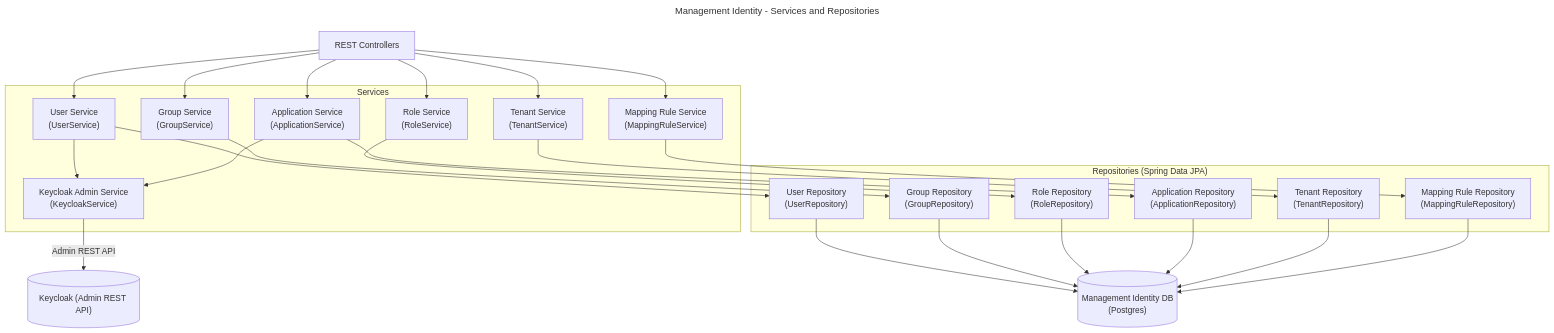
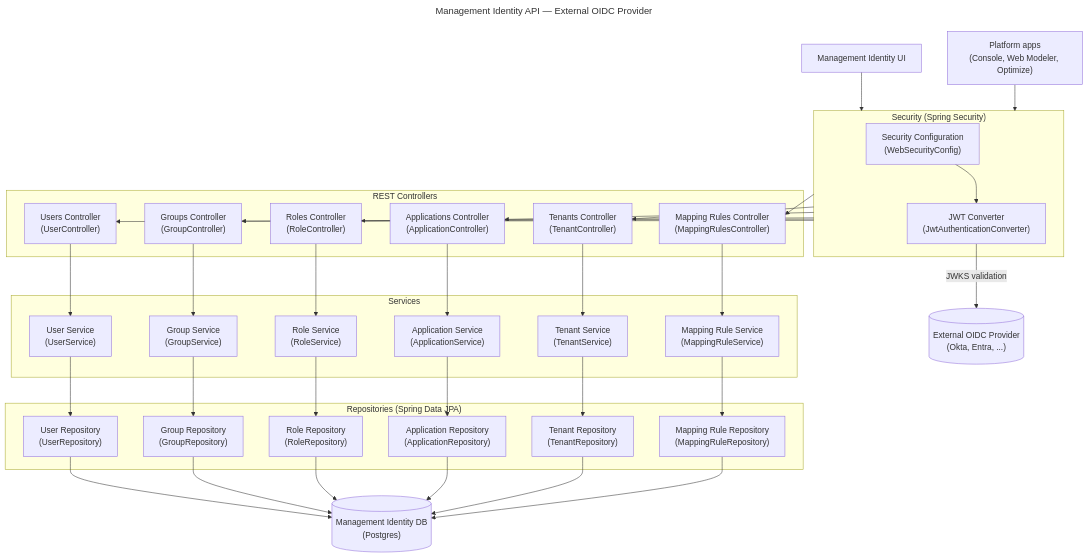
One commit to camunda/camunda changed the fifth of 12 diagrams in docs/monorepo-docs/architecture/components/identity/management_identity_architecture_docs.md. Above: the diagram before and after it, drawn with Mermaid. The commit also changed other lines of this file, not shown here.

First line of the commit message:
docs: separate Keycloak vs external OIDC in sections 5.2 and 6

````diff
--- a/docs/monorepo-docs/architecture/components/identity/management_identity_architecture_docs.md
+++ b/docs/monorepo-docs/architecture/components/identity/management_identity_architecture_docs.md
@@ -297,53 +348,75 @@
 ```mermaid
 ---
-title: Management Identity - Services and Repositories
+title: Management Identity API — External OIDC Provider
 ---
 flowchart TB
-  CONTROLLERS["REST Controllers"]
-  KEYCLOAK[("Keycloak (Admin REST API)")]
+  UI["Management Identity UI"]
+  APP_CLIENTS["Platform apps\n(Console, Web Modeler, Optimize)"]
+  EXT_IDP[("External OIDC Provider\n(Okta, Entra, ...)")]
   MGMT_DB[("Management Identity DB\n(Postgres)")]
+
+  subgraph SECURITY["Security (Spring Security)"]
+    SEC_CFG["Security Configuration\n(WebSecurityConfig)"]
+    JWT_CONV["JWT Converter\n(JwtAuthenticationConverter)"]
+
+    SEC_CFG --> JWT_CONV
+  end
+
+  subgraph CONTROLLERS["REST Controllers"]
+    USER_CTRL["Users Controller\n(UserController)"]
+    GROUP_CTRL["Groups Controller\n(GroupController)"]
+    ROLE_CTRL["Roles Controller\n(RoleController)"]
+    APP_CTRL["Applications Controller\n(ApplicationController)"]
+    TENANT_CTRL["Tenants Controller\n(TenantController)"]
+    MAPPING_CTRL["Mapping Rules Controller\n(MappingRulesController)"]
+  end
 
   subgraph SERVICES["Services"]
     USER_SVC["User Service\n(UserService)"]
     GROUP_SVC["Group Service\n(GroupService)"]
     ROLE_SVC["Role Service\n(RoleService)"]
     APP_SVC["Application Service\n(ApplicationService)"]
     TENANT_SVC["Tenant Service\n(TenantService)"]
     MAPPING_SVC["Mapping Rule Service\n(MappingRuleService)"]
-    KC_SVC["Keycloak Admin Service\n(KeycloakService)"]
-
-    USER_SVC --> KC_SVC
-    APP_SVC --> KC_SVC
   end
 
   subgraph REPOSITORIES["Repositories (Spring Data JPA)"]
     USER_REPO["User Repository\n(UserRepository)"]
     GROUP_REPO["Group Repository\n(GroupRepository)"]
     ROLE_REPO["Role Repository\n(RoleRepository)"]
     APP_REPO["Application Repository\n(ApplicationRepository)"]
     TENANT_REPO["Tenant Repository\n(TenantRepository)"]
     MAPPING_REPO["Mapping Rule Repository\n(MappingRuleRepository)"]
   end
 
-  CONTROLLERS --> USER_SVC
-  CONTROLLERS --> GROUP_SVC
-  CONTROLLERS --> ROLE_SVC
-  CONTROLLERS --> APP_SVC
-  CONTROLLERS --> TENANT_SVC
-  CONTROLLERS --> MAPPING_SVC
+  UI --> SECURITY
+  APP_CLIENTS --> SECURITY
+  JWT_CONV -->|"JWKS validation"| EXT_IDP
+  SECURITY --> USER_CTRL
+  SECURITY --> GROUP_CTRL
+  SECURITY --> ROLE_CTRL
+  SECURITY --> APP_CTRL
+  SECURITY --> TENANT_CTRL
+  SECURITY --> MAPPING_CTRL
+
+  USER_CTRL --> USER_SVC
+  GROUP_CTRL --> GROUP_SVC
+  ROLE_CTRL --> ROLE_SVC
+  APP_CTRL --> APP_SVC
+  TENANT_CTRL --> TENANT_SVC
+  MAPPING_CTRL --> MAPPING_SVC
 
   USER_SVC --> USER_REPO
   GROUP_SVC --> GROUP_REPO
   ROLE_SVC --> ROLE_REPO
   APP_SVC --> APP_REPO
   TENANT_SVC --> TENANT_REPO
   MAPPING_SVC --> MAPPING_REPO
 
-  KC_SVC -->|"Admin REST API"| KEYCLOAK
   USER_REPO --> MGMT_DB
   GROUP_REPO --> MGMT_DB
   ROLE_REPO --> MGMT_DB
   APP_REPO --> MGMT_DB
   TENANT_REPO --> MGMT_DB
   MAPPING_REPO --> MGMT_DB
 ```
````
